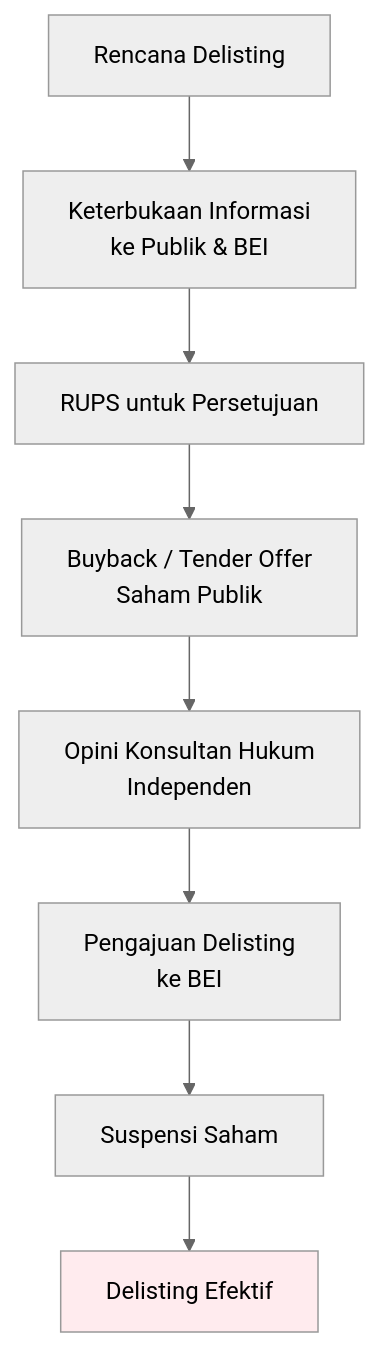
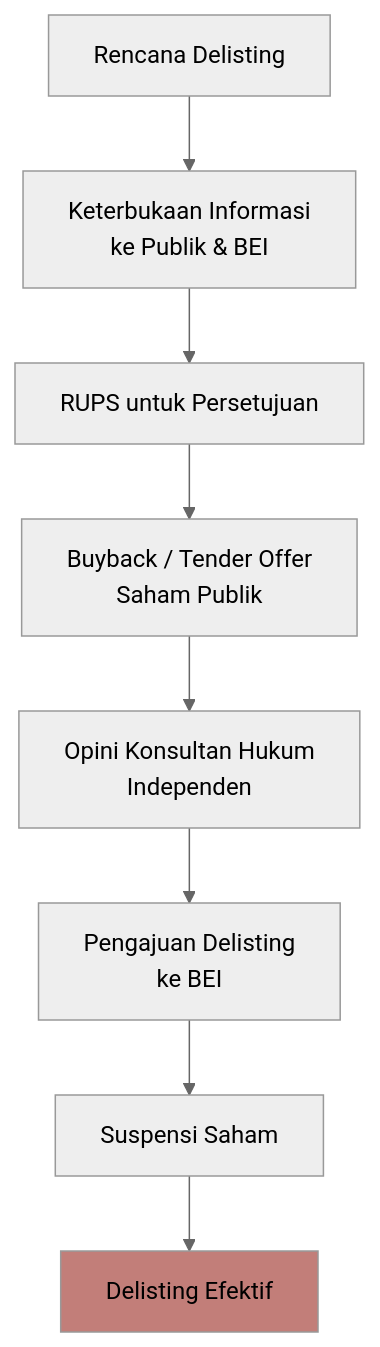
Diagram 12 of 12 in content/Lectures/uas-pasmod.md (hifdzimaulana/beate-vivere), drawn with Mermaid (neutral theme) before and after one commit. The commit also changed other lines of this file, not shown here.

````diff
--- a/content/Lectures/uas-pasmod.md
+++ b/content/Lectures/uas-pasmod.md
@@ -1110,12 +1136,12 @@
 ```mermaid
 graph TD
     A[Rencana Delisting] --> B[Keterbukaan Informasi<br/>ke Publik & BEI]
     B --> C[RUPS untuk Persetujuan]
     C --> D[Buyback / Tender Offer<br/>Saham Publik]
     D --> E[Opini Konsultan Hukum<br/>Independen]
     E --> F[Pengajuan Delisting<br/>ke BEI]
     F --> G[Suspensi Saham]
     G --> H[Delisting Efektif]
     
-    style H fill:#ffebee
+    style H fill:#C27e79
 ```
````
